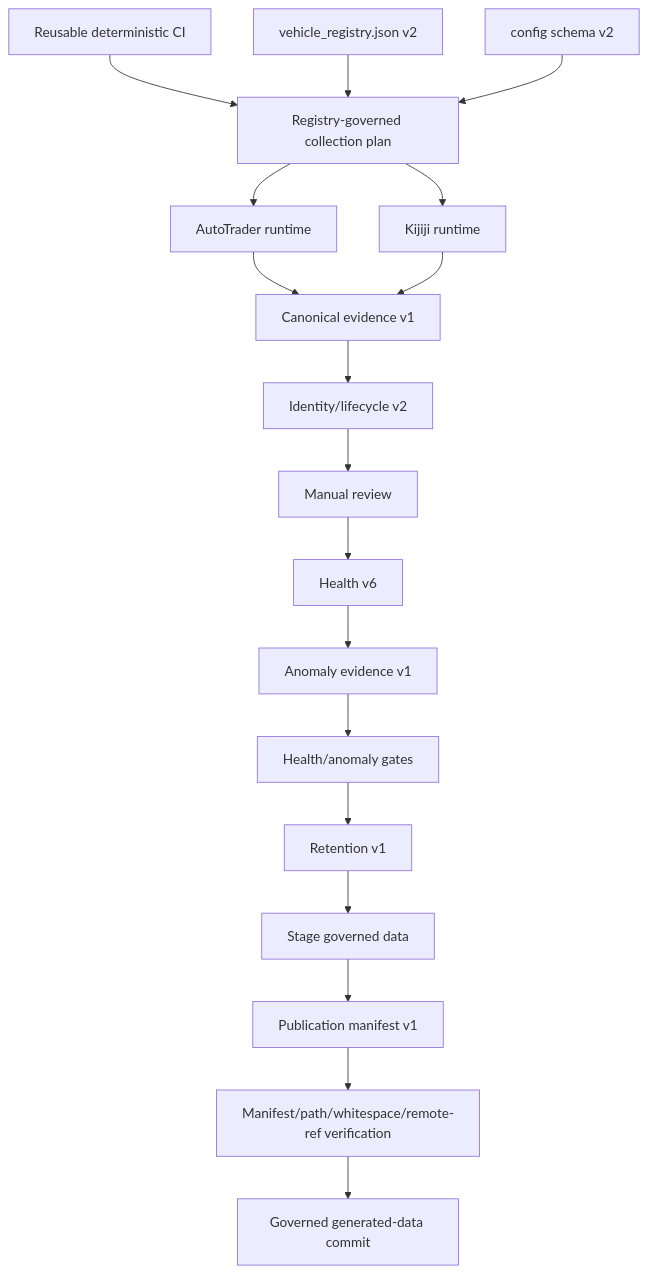
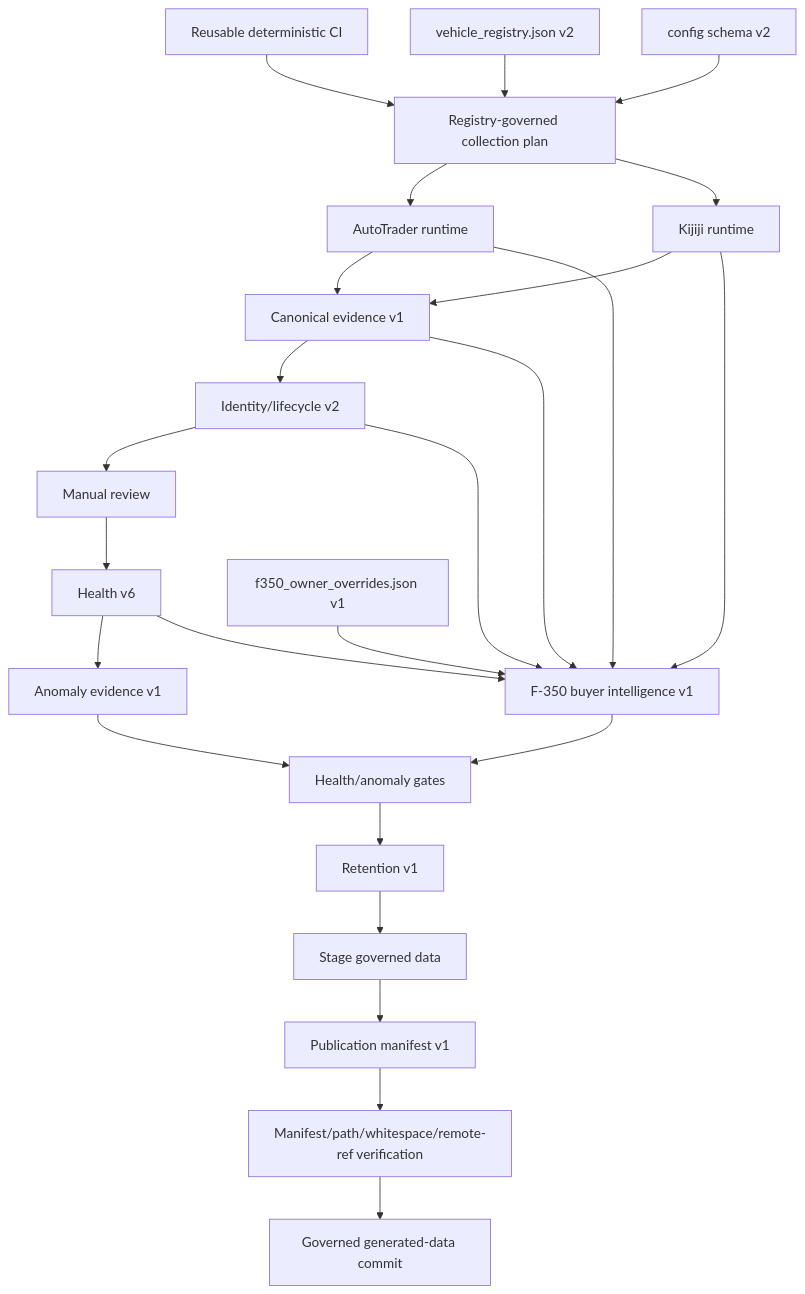
Before and after one commit to Stryker-maker/vehicle_scraper: the diagram in docs/ARCHITECTURE_AND_DATA_FLOW.md, drawn with Mermaid. The commit also changed other lines of this file, not shown here.

Commit message:
Add F-350 buyer-intelligence architecture

````diff
--- a/docs/ARCHITECTURE_AND_DATA_FLOW.md
+++ b/docs/ARCHITECTURE_AND_DATA_FLOW.md
@@ -113,20 +170,27 @@
 ```mermaid
 flowchart TD
     CI[Reusable deterministic CI] --> P[Registry-governed collection plan]
     R[vehicle_registry.json v2] --> P
     C[config schema v2] --> P
     P --> AR[AutoTrader runtime]
     P --> KR[Kijiji runtime]
     AR --> CE[Canonical evidence v1]
     KR --> CE
     CE --> IL[Identity/lifecycle v2]
     IL --> MR[Manual review]
     MR --> H[Health v6]
     H --> A[Anomaly evidence v1]
+    H --> BI[F-350 buyer intelligence v1]
+    CE --> BI
+    IL --> BI
+    AR --> BI
+    KR --> BI
+    O[f350_owner_overrides.json v1] --> BI
     A --> HG[Health/anomaly gates]
+    BI --> HG
     HG --> SR[Retention v1]
     SR --> S[Stage governed data]
     S --> PM[Publication manifest v1]
     PM --> V[Manifest/path/whitespace/remote-ref verification]
     V --> GC[Governed generated-data commit]
 ```
````
